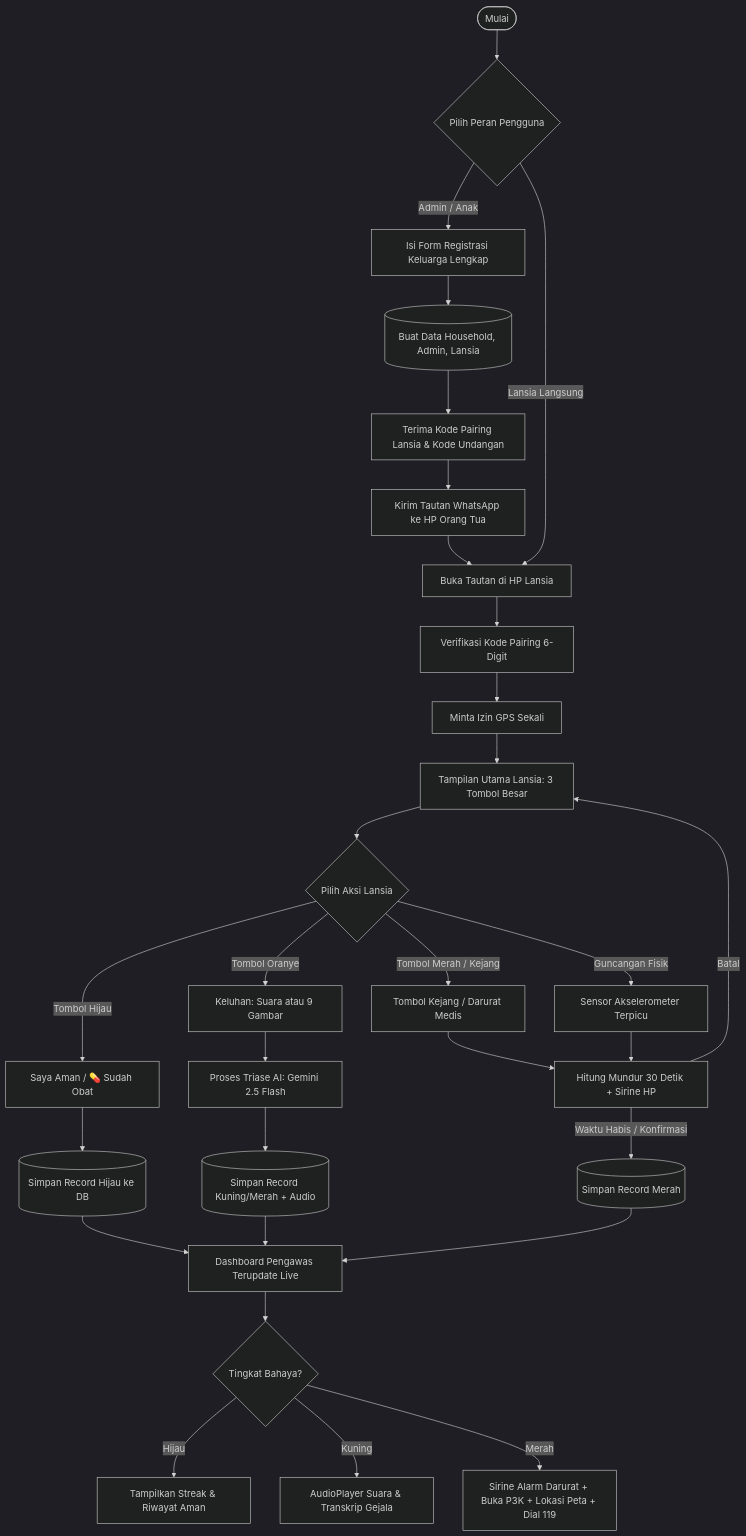
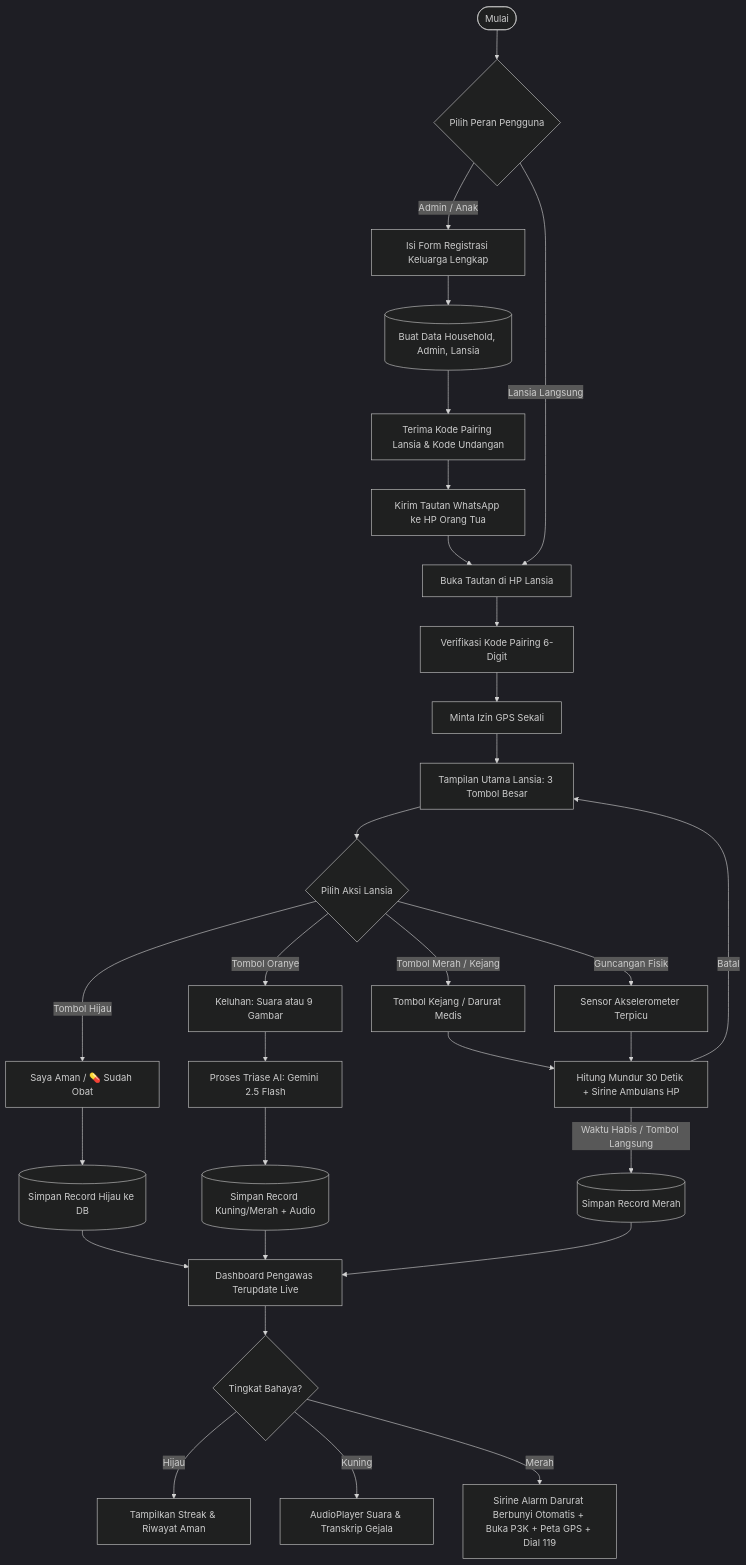
Before and after one commit to Nazca13/himtec-01: the second of 6 diagrams in readthis.md, drawn with Mermaid (dark theme). The commit also changed other lines of this file, not shown here.

````diff
--- a/readthis.md
+++ b/readthis.md
@@ -225,43 +228,43 @@
 ```mermaid
 flowchart TD
     Start([Mulai]) --> RoleSelect{Pilih Peran Pengguna}
     
     %% Alur Admin
     RoleSelect -->|Admin / Anak| FormDaftar[Isi Form Registrasi Keluarga Lengkap]
     FormDaftar --> CreateDB[(Buat Data Household, Admin, Lansia)]
     CreateDB --> ShareCode[Terima Kode Pairing Lansia & Kode Undangan]
     ShareCode --> SendWA[Kirim Tautan WhatsApp ke HP Orang Tua]
     
     %% Alur Lansia
     SendWA --> OpenLansia[Buka Tautan di HP Lansia]
     RoleSelect -->|Lansia Langsung| OpenLansia
     OpenLansia --> PairingAuth[Verifikasi Kode Pairing 6-Digit]
     PairingAuth --> GeoReq[Minta Izin GPS Sekali]
     GeoReq --> LansiaMain[Tampilan Utama Lansia: 3 Tombol Besar]
     
     %% Aksi Lansia
     LansiaMain --> ActionLansia{Pilih Aksi Lansia}
     ActionLansia -->|Tombol Hijau| LapAman[Saya Aman / 💊 Sudah Obat]
     ActionLansia -->|Tombol Oranye| LapKeluhan[Keluhan: Suara atau 9 Gambar]
     ActionLansia -->|Tombol Merah / Kejang| LapDarurat[Tombol Kejang / Darurat Medis]
     ActionLansia -->|Guncangan Fisik| ShakeDetect[Sensor Akselerometer Terpicu]
     
     %% Pemrosesan
     LapAman --> SaveRecord[(Simpan Record Hijau ke DB)]
     LapKeluhan --> AIProcess[Proses Triase AI: Gemini 2.5 Flash]
     AIProcess --> SaveRecordKeluhan[(Simpan Record Kuning/Merah + Audio)]
-    LapDarurat --> Countdown30[Hitung Mundur 30 Detik + Sirine HP]
+    LapDarurat --> Countdown30[Hitung Mundur 30 Detik + Sirine Ambulans HP]
     ShakeDetect --> Countdown30
     Countdown30 -->|Batal| LansiaMain
-    Countdown30 -->|Waktu Habis / Konfirmasi| SaveRecordDarurat[(Simpan Record Merah)]
+    Countdown30 -->|Waktu Habis / Tombol Langsung| SaveRecordDarurat[(Simpan Record Merah)]
     
     %% Sisi Pengawas
     SaveRecord --> LiveDashboard[Dashboard Pengawas Terupdate Live]
     SaveRecordKeluhan --> LiveDashboard
     SaveRecordDarurat --> LiveDashboard
     
     LiveDashboard --> MonitorAlert{Tingkat Bahaya?}
     MonitorAlert -->|Hijau| ShowStreak[Tampilkan Streak & Riwayat Aman]
     MonitorAlert -->|Kuning| PlayVoice[AudioPlayer Suara & Transkrip Gejala]
-    MonitorAlert -->|Merah| EmergencyTrigger[Sirine Alarm Darurat + Buka P3K + Lokasi Peta + Dial 119]
+    MonitorAlert -->|Merah| EmergencyTrigger[Sirine Alarm Darurat Berbunyi Otomatis + Buka P3K + Peta GPS + Dial 119]
 ```
````
